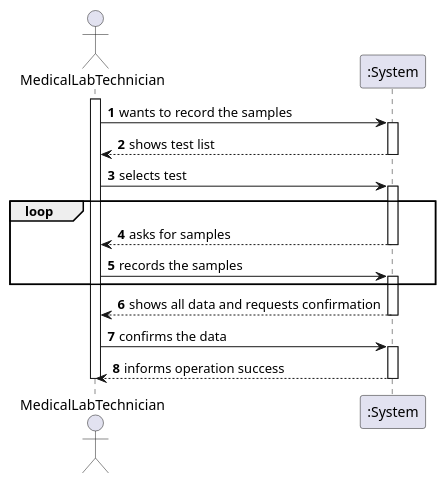
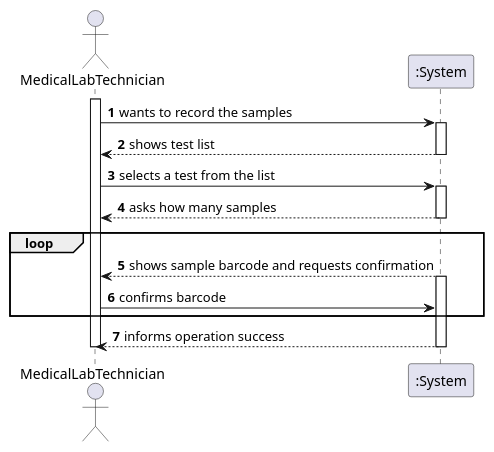
One commit to MarianaCLages/LAPR2 changed the diagram in docs/SprintC/US05/US5_SSD.puml. Above: the diagram before and after it, drawn with PlantUML. The commit also changed 4 other files, not shown here.

```diff
--- a/docs/SprintC/US05/US5_SSD.puml
+++ b/docs/SprintC/US05/US5_SSD.puml
@@ -1,26 +1,23 @@
 @startuml
 
 autonumber
 actor MedicalLabTechnician as MLT
 participant ":System" as S
 activate MLT
 MLT -> S: wants to record the samples
 activate S
 S --> MLT: shows test list
 deactivate S
-MLT -> S: selects test
+MLT -> S: selects a test from the list
 activate S
+S --> MLT: asks how many samples
+deactivate S
 loop
-S --> MLT: asks for samples
-deactivate S
-MLT -> S: records the samples
+S --> MLT: shows sample barcode and requests confirmation
 activate S
+MLT -> S: confirms barcode
 end
-S --> MLT: shows all data and requests confirmation
-deactivate S
-MLT -> S: confirms the data
-activate S
 S --> MLT: informs operation success
 deactivate S
 deactivate MLT
 @enduml
```
